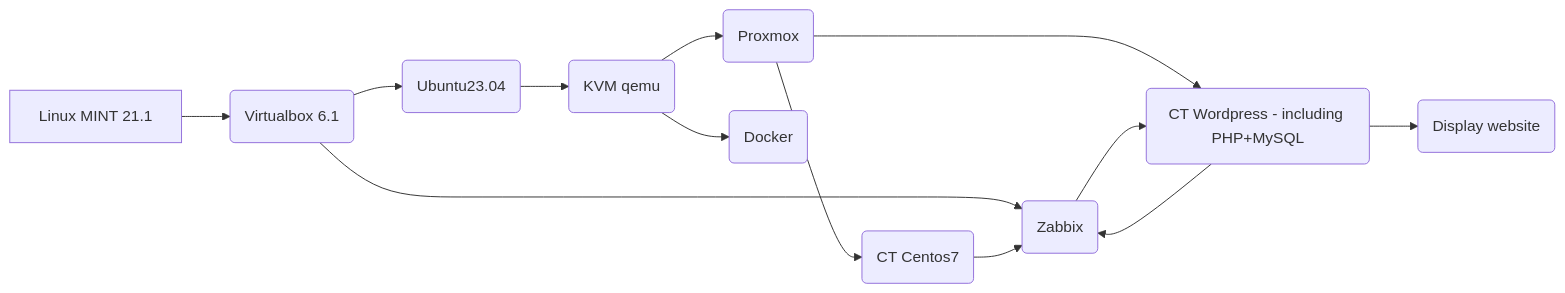
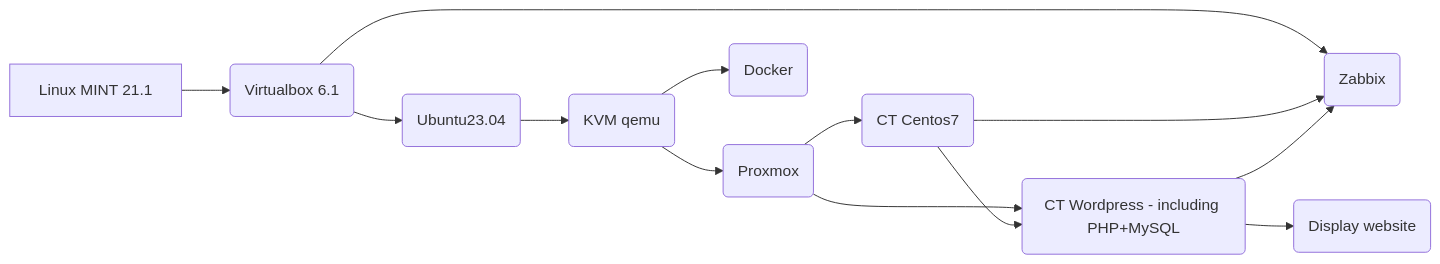
One commit to DanyAAD90/DevOps_junior_Wordpress changed the diagram in Project.md. Above: the diagram before and after it, drawn with Mermaid.

````diff
--- a/Project.md
+++ b/Project.md
@@ -3,15 +3,15 @@
 ```mermaid
 graph LR
 A[Linux MINT 21.1] --> B(Virtualbox 6.1)
 B --> J(Proxmox)
 B --> C(Ubuntu23.04)
 C --> D(KVM qemu)
 D --> E(Proxmox)
 E --> F(CT Wordpress - including PHP+MySQL)
 F --> H(Display website)
 D --> G(Docker)
 E --> I(CT Centos7)
 I --> J(Zabbix)
-J --> F
+I --> F
 F --> J
 ```
````
